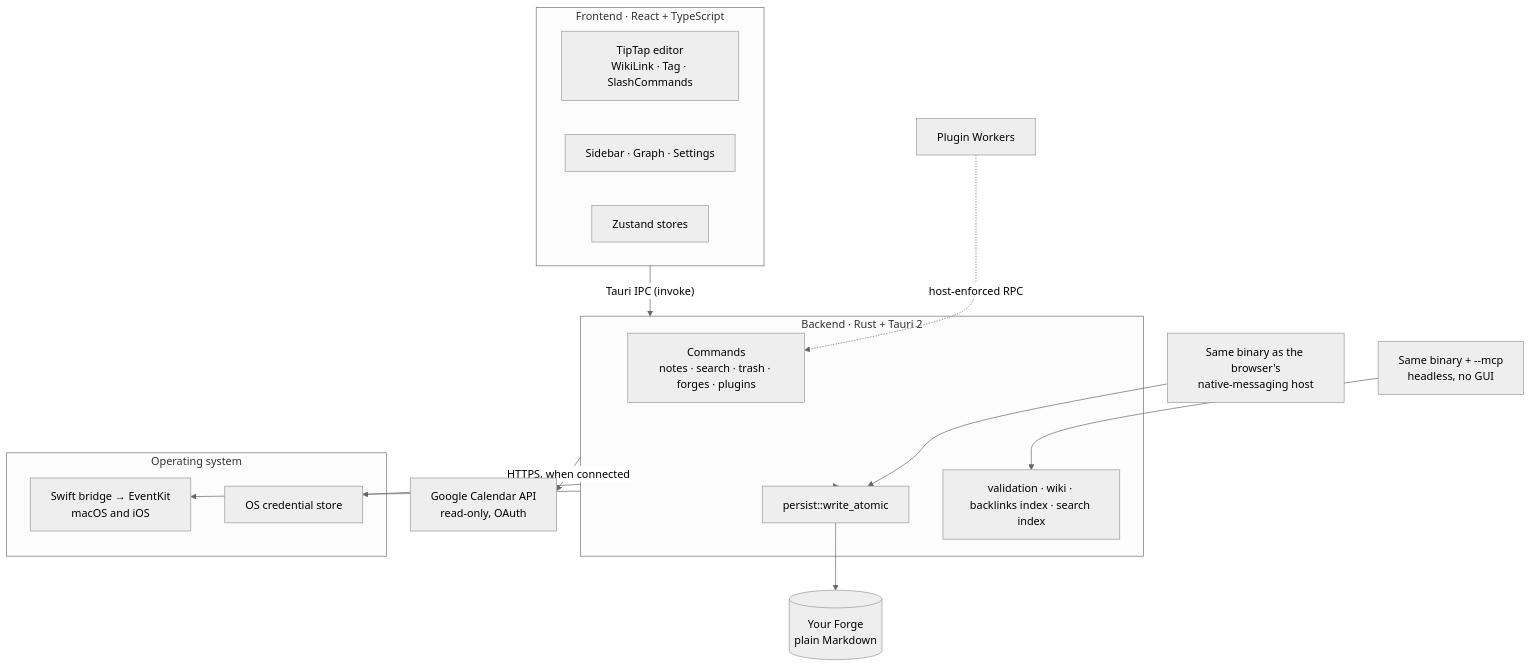
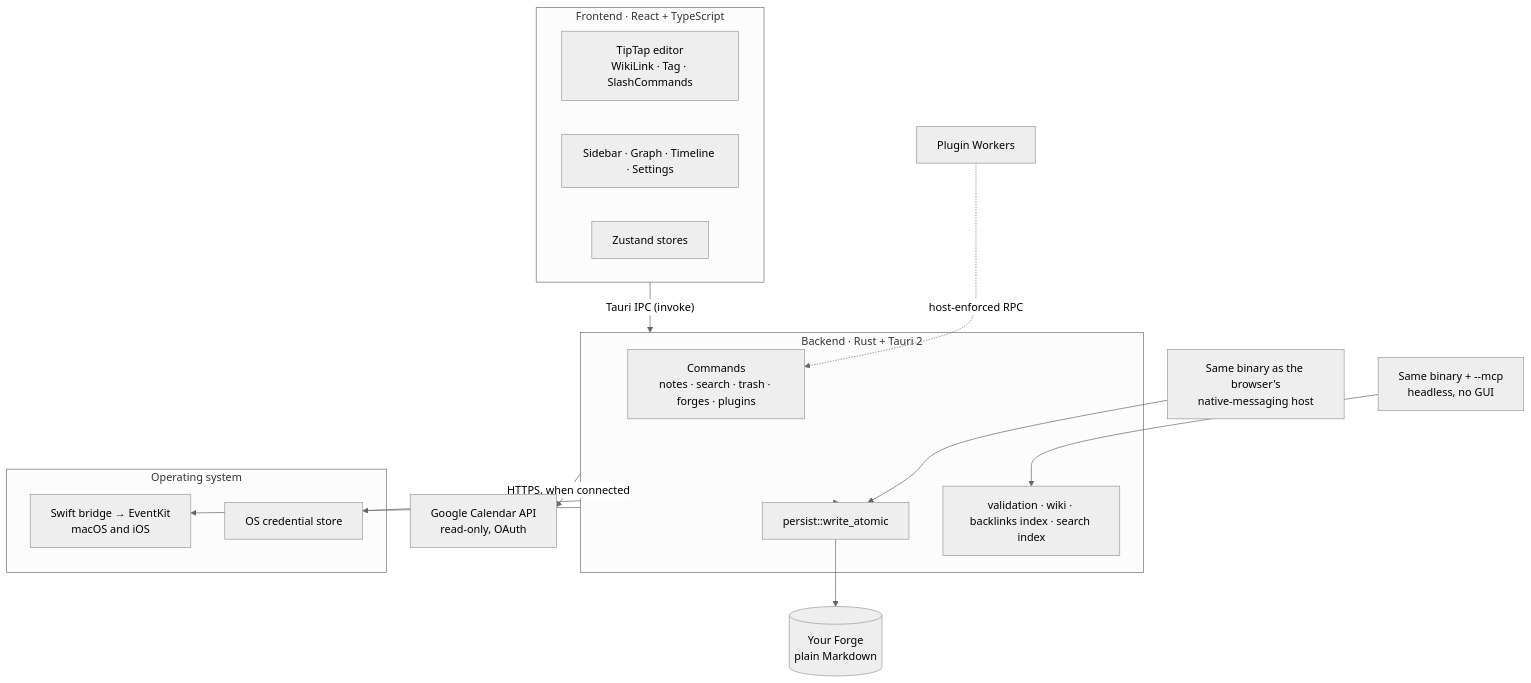
One commit to jiegui2025/larimar changed the first of 3 diagrams in docs/ARCHITECTURE.md. Above: the diagram before and after it, drawn with Mermaid (neutral theme). The commit also changed other lines of this file and 63 other files, not shown here.

First line of the commit message:
Bring back the Agenda's event timeline, and make the Timeline a note history (#232)

````diff
--- a/docs/ARCHITECTURE.md
+++ b/docs/ARCHITECTURE.md
@@ -9,29 +9,29 @@
 ```mermaid
 flowchart TB
     subgraph FE["Frontend · React + TypeScript"]
         ED["TipTap editor<br/>WikiLink · Tag · SlashCommands"]
-        SB["Sidebar · Graph · Settings"]
+        SB["Sidebar · Graph · Timeline · Settings"]
         ST["Zustand stores"]
     end
     subgraph BE["Backend · Rust + Tauri 2"]
         CM["Commands<br/>notes · search · trash · forges · plugins"]
         PS["persist::write_atomic"]
         VA["validation · wiki · backlinks index · search index"]
     end
     subgraph OS["Operating system"]
         SW["Swift bridge → EventKit<br/>macOS and iOS"]
         KC["OS credential store"]
     end
     GC["Google Calendar API<br/>read-only, OAuth"]
     DISK[("Your Forge<br/>plain Markdown")]
 
     FE -- "Tauri IPC (invoke)" --> BE
     BE --> PS --> DISK
     BE --> SW
     BE --> KC
     BE -- "HTTPS, when connected" --> GC
 
     MCP["Same binary + --mcp<br/>headless, no GUI"] --> VA
     CLIP["Same binary as the browser's<br/>native-messaging host"] --> PS
     WORKER["Plugin Workers"] -. "host-enforced RPC" .-> CM
 ```
````
